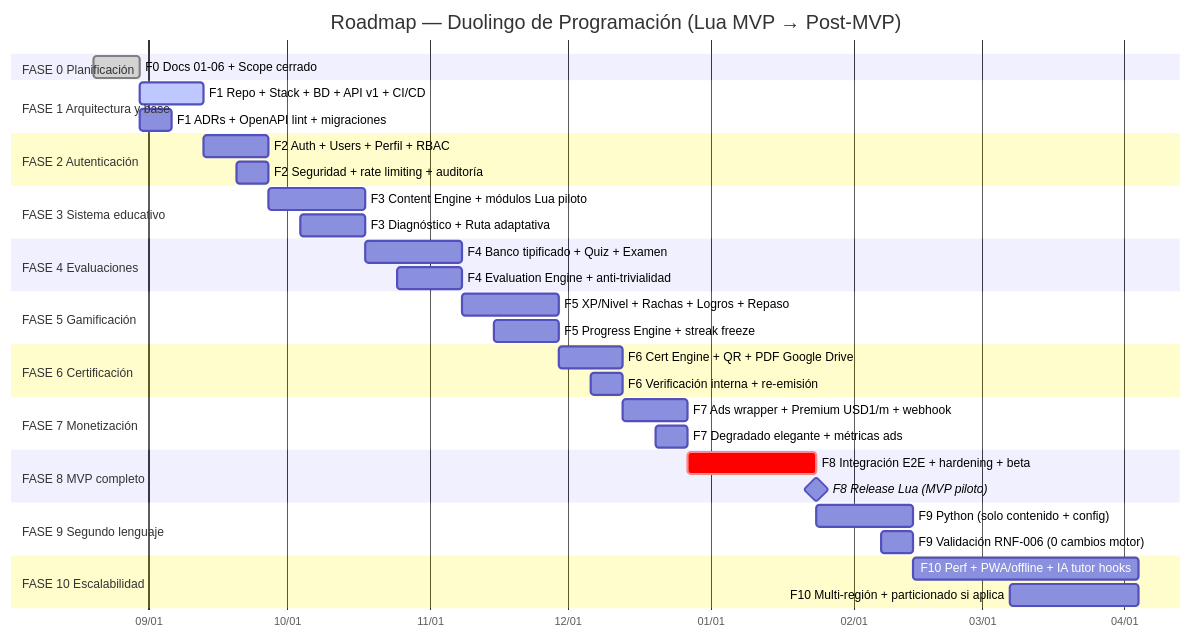
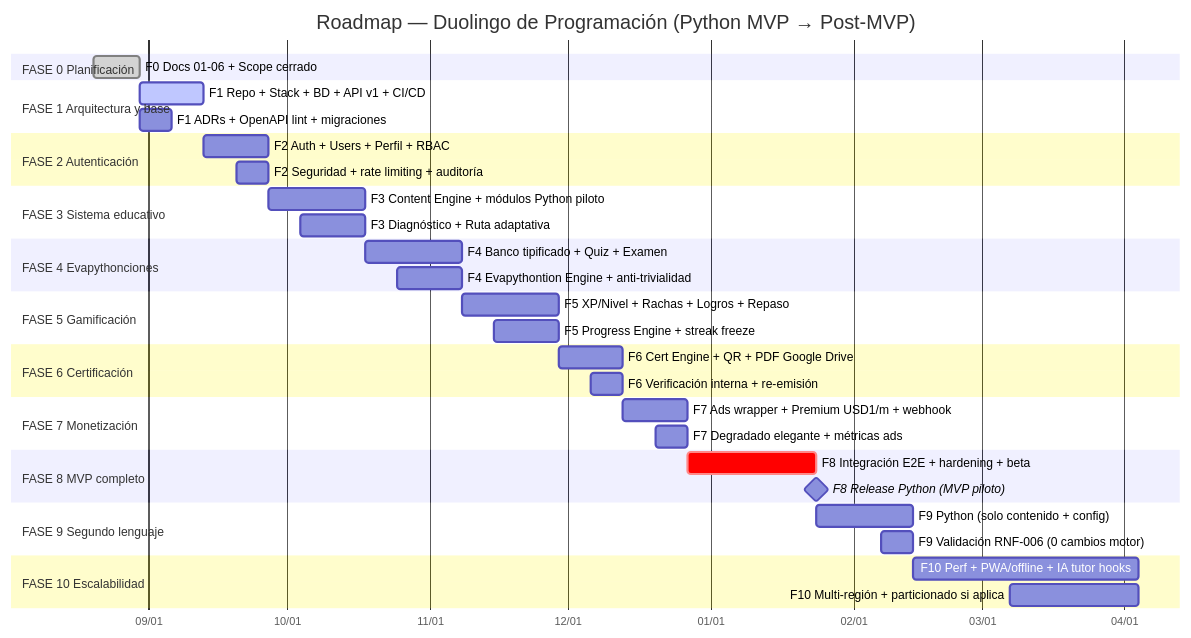
Before and after one commit to nastex123/DuolingoProgramacion: the second of 2 diagrams in docs/22_ROADMAP.md, drawn with Mermaid. The commit also changed other lines of this file and 65 other files, not shown here.

Commit message:
feat(curriculum): adoptar Python 3.12 como unico lenguaje oficial del MVP y desincorporar Lua

````diff
--- a/docs/22_ROADMAP.md
+++ b/docs/22_ROADMAP.md
@@ -113,49 +113,49 @@
 ```mermaid
 gantt
-    title Roadmap — Duolingo de Programación (Lua MVP → Post-MVP)
+    title Roadmap — Duolingo de Programación (Python MVP → Post-MVP)
     dateFormat  YYYY-MM-DD
     axisFormat  %m/%d
 
     section FASE 0 Planificación
     F0 Docs 01-06 + Scope cerrado           :done, f0, 2026-08-20, 2026-08-30
 
     section FASE 1 Arquitectura y base
     F1 Repo + Stack + BD + API v1 + CI/CD   :active, f1, 2026-08-30, 2026-09-13
     F1 ADRs + OpenAPI lint + migraciones    :f1b, 2026-08-30, 2026-09-06
 
     section FASE 2 Autenticación
     F2 Auth + Users + Perfil + RBAC         :f2, 2026-09-13, 2026-09-27
     F2 Seguridad + rate limiting + auditoría :f2b, 2026-09-20, 2026-09-27
 
     section FASE 3 Sistema educativo
-    F3 Content Engine + módulos Lua piloto   :f3, 2026-09-27, 2026-10-18
+    F3 Content Engine + módulos Python piloto   :f3, 2026-09-27, 2026-10-18
     F3 Diagnóstico + Ruta adaptativa         :f3b, 2026-10-04, 2026-10-18
 
-    section FASE 4 Evaluaciones
+    section FASE 4 Evapythonciones
     F4 Banco tipificado + Quiz + Examen      :f4, 2026-10-18, 2026-11-08
-    F4 Evaluation Engine + anti-trivialidad  :f4b, 2026-10-25, 2026-11-08
+    F4 Evapythontion Engine + anti-trivialidad  :f4b, 2026-10-25, 2026-11-08
 
     section FASE 5 Gamificación
     F5 XP/Nivel + Rachas + Logros + Repaso   :f5, 2026-11-08, 2026-11-29
     F5 Progress Engine + streak freeze       :f5b, 2026-11-15, 2026-11-29
 
     section FASE 6 Certificación
     F6 Cert Engine + QR + PDF Google Drive  :f6, 2026-11-29, 2026-12-13
     F6 Verificación interna + re-emisión     :f6b, 2026-12-06, 2026-12-13
 
     section FASE 7 Monetización
     F7 Ads wrapper + Premium USD1/m + webhook :f7, 2026-12-13, 2026-12-27
     F7 Degradado elegante + métricas ads     :f7b, 2026-12-20, 2026-12-27
 
     section FASE 8 MVP completo
     F8 Integración E2E + hardening + beta    :crit, f8, 2026-12-27, 2027-01-24
-    F8 Release Lua (MVP piloto)              :milestone, mvp, 2027-01-24, 0d
+    F8 Release Python (MVP piloto)              :milestone, mvp, 2027-01-24, 0d
 
     section FASE 9 Segundo lenguaje
     F9 Python (solo contenido + config)      :f9, 2027-01-24, 2027-02-14
     F9 Validación RNF-006 (0 cambios motor)  :f9b, 2027-02-07, 2027-02-14
 
     section FASE 10 Escalabilidad
     F10 Perf + PWA/offline + IA tutor hooks  :f10, 2027-02-14, 2027-04-04
     F10 Multi-región + particionado si aplica: f10b, 2027-03-07, 2027-04-04
 ```
````
